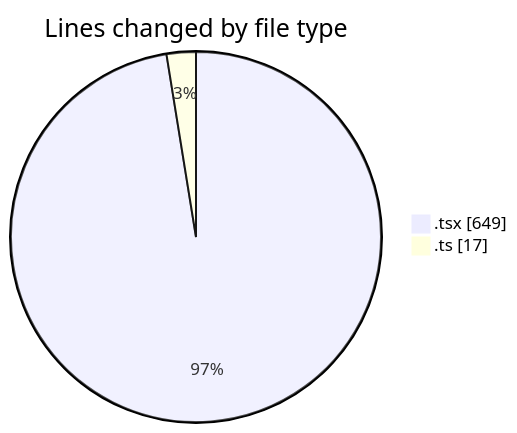
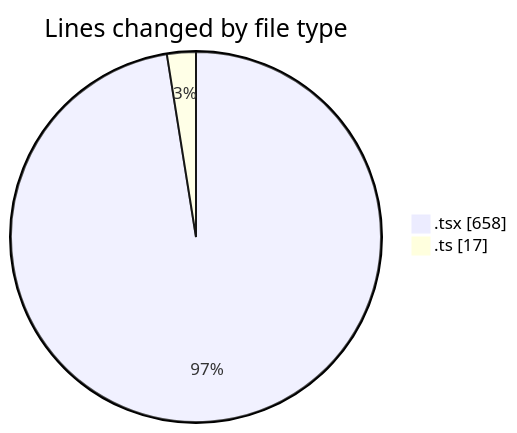
The first of 2 diagrams in 2025-04-02/cda/README.md (momahboobian/code-tracking), drawn with Mermaid before and after one commit. The commit also changed other lines of this file and 1 other file, not shown here.

````diff
--- a/2025-04-02/cda/README.md
+++ b/2025-04-02/cda/README.md
@@ -23,6 +23,6 @@
 ```mermaid
 pie showData
 title Lines changed by file type
-".tsx" : 649
+".tsx" : 658
 ".ts" : 17
 ```
````
